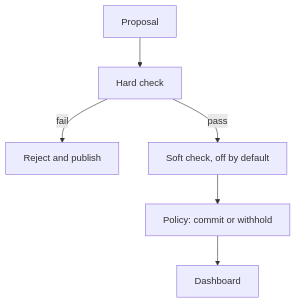
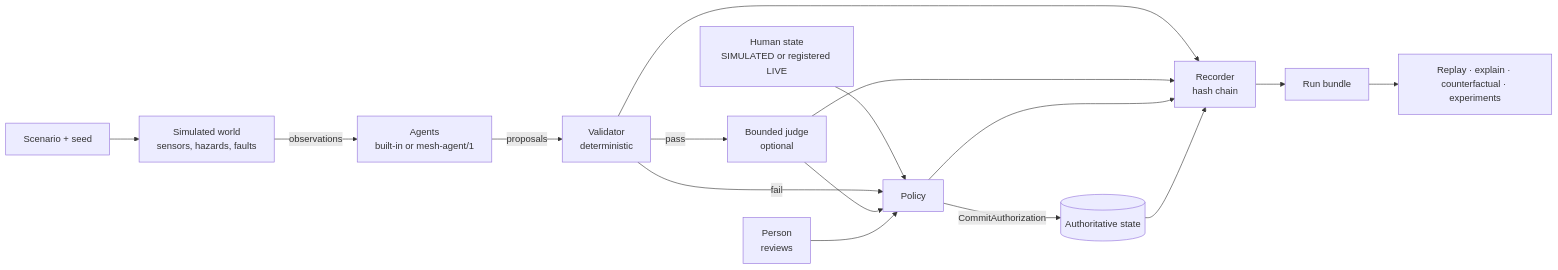
The diagram in README.md (topherchris420/resonate-ai-mesh), drawn with Mermaid before and after one commit. The commit also changed other lines of this file and 41 other files, not shown here.

````diff
--- a/README.md
+++ b/README.md
@@ -53,8 +62,14 @@
 ```mermaid
-graph TD
-    A[Proposal] --> F[Hard check]
-    F -->|fail| R[Reject and publish]
-    F -->|pass| TJ[Soft check, off by default]
-    TJ --> P[Policy: commit or withhold]
-    P --> J[Dashboard]
+graph LR
+    S[Scenario + seed] --> W[Simulated world<br/>sensors, hazards, faults]
+    W -->|observations| A[Agents<br/>built-in or mesh-agent/1]
+    H[Human state<br/>SIMULATED or registered LIVE] --> P
+    A -->|proposals| V[Validator<br/>deterministic]
+    V -->|pass| J[Bounded judge<br/>optional]
+    V -->|fail| P[Policy]
+    J --> P
+    O[Person<br/>reviews] --> P
+    P -->|CommitAuthorization| ST[(Authoritative state)]
+    V & J & P & ST --> R[Recorder<br/>hash chain]
+    R --> B[Run bundle] --> RP[Replay · explain · counterfactual · experiments]
 ```
````
